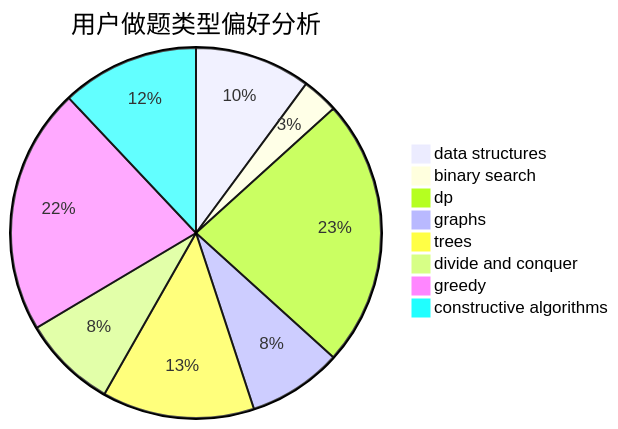
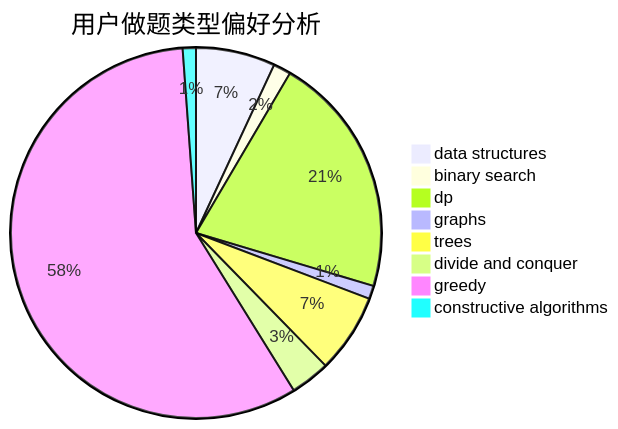
The second of 3 diagrams in docs/user/u1567.md (sherpahu/cfrs.github.io), drawn with Mermaid before and after one commit. The commit also changed other lines of this file and 2770 other files, not shown here.

````diff
--- a/docs/user/u1567.md
+++ b/docs/user/u1567.md
@@ -23,11 +23,11 @@
 ```mermaid
 pie title 用户做题类型偏好分析
-    "data structures" :  16
-    "binary search" :  5
-    "dp" :  37
-    "graphs" :  13
-    "trees" :  21
-    "divide and conquer" :  13
-    "greedy" :  34
-    "constructive algorithms" :  19
+    "data structures" :  18
+    "binary search" :  4
+    "dp" :  55
+    "graphs" :  3
+    "trees" :  18
+    "divide and conquer" :  9
+    "greedy" :  150
+    "constructive algorithms" :  3
 ```
````
